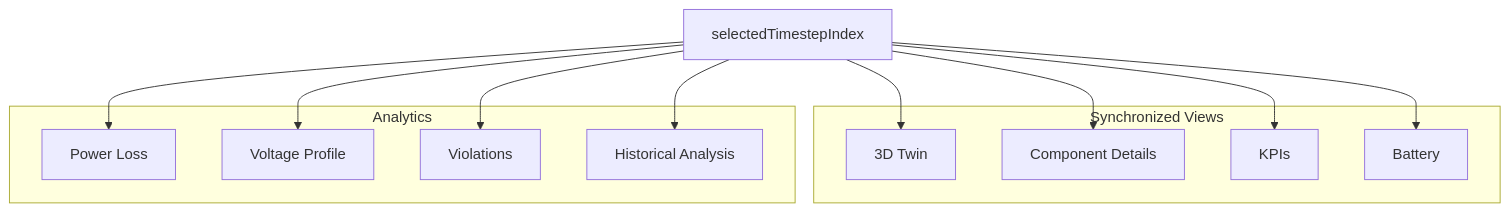
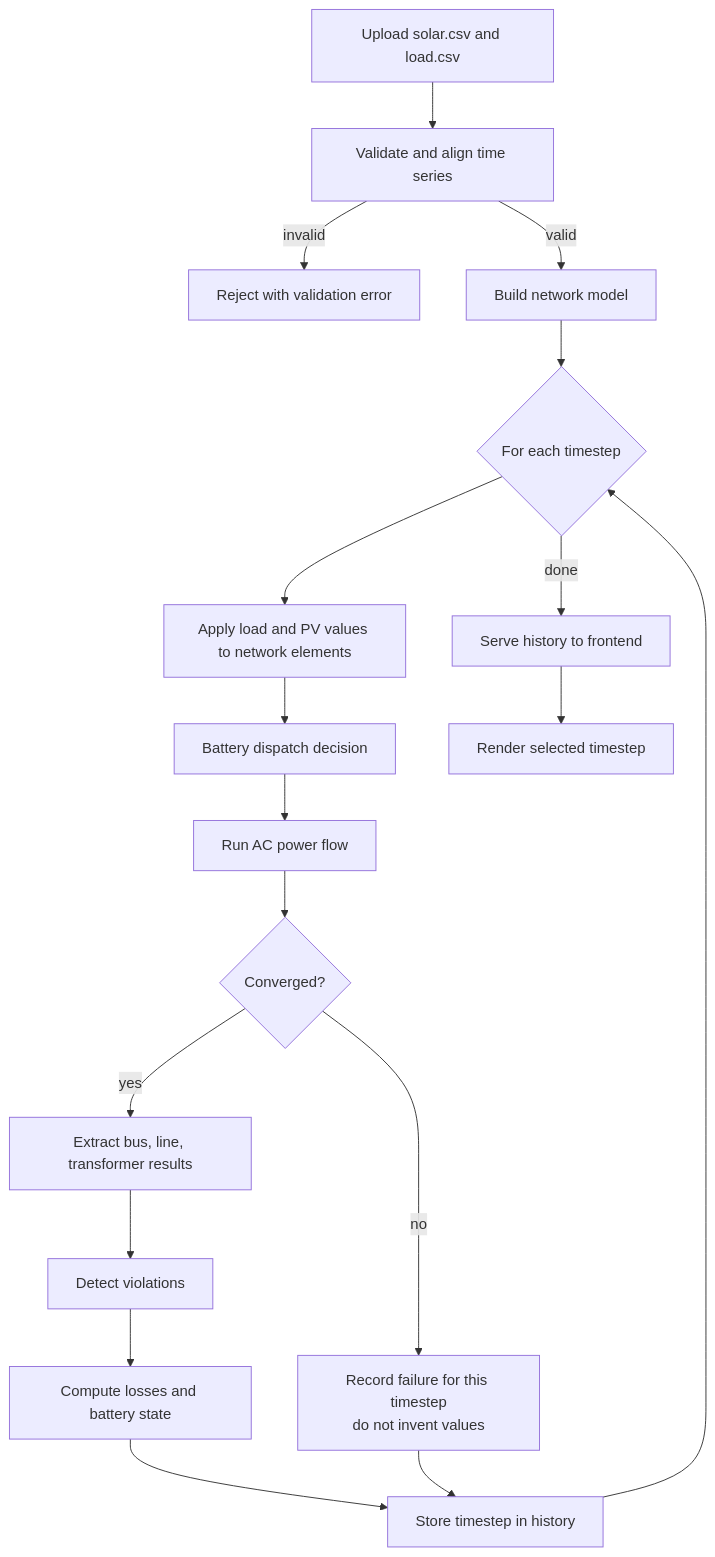
Before and after one commit to codedbydollys10/GridTwin: the second of 5 diagrams in README.md, drawn with Mermaid. The commit also changed other lines of this file, not shown here.

````diff
--- a/README.md
+++ b/README.md
@@ -348,27 +156,20 @@
 ```mermaid
-flowchart TB
-    T["selectedTimestepIndex"]
-
-    subgraph VIS["Synchronized Views"]
-        D["3D Twin"]
-        C["Component Details"]
-        K["KPIs"]
-        B["Battery"]
-    end
-
-    subgraph ANA["Analytics"]
-        P["Power Loss"]
-        V["Voltage Profile"]
-        H["Violations"]
-        HA["Historical Analysis"]
-    end
-
-    T --> D
-    T --> C
-    T --> K
-    T --> B
-    T --> P
-    T --> V
-    T --> H
-    T --> HA
+flowchart TD
+    A["Upload solar.csv and load.csv"] --> B["Validate and align time series"]
+    B -->|"invalid"| X["Reject with validation error"]
+    B -->|"valid"| C["Build network model"]
+    C --> D{"For each timestep"}
+    D --> E["Apply load and PV values to network elements"]
+    E --> F["Battery dispatch decision"]
+    F --> G["Run AC power flow"]
+    G --> H{"Converged?"}
+    H -->|"no"| I["Record failure for this timestep<br/>do not invent values"]
+    H -->|"yes"| J["Extract bus, line, transformer results"]
+    J --> K["Detect violations"]
+    K --> L["Compute losses and battery state"]
+    L --> M["Store timestep in history"]
+    I --> M
+    M --> D
+    D -->|"done"| N["Serve history to frontend"]
+    N --> O["Render selected timestep"]
 ```
````
